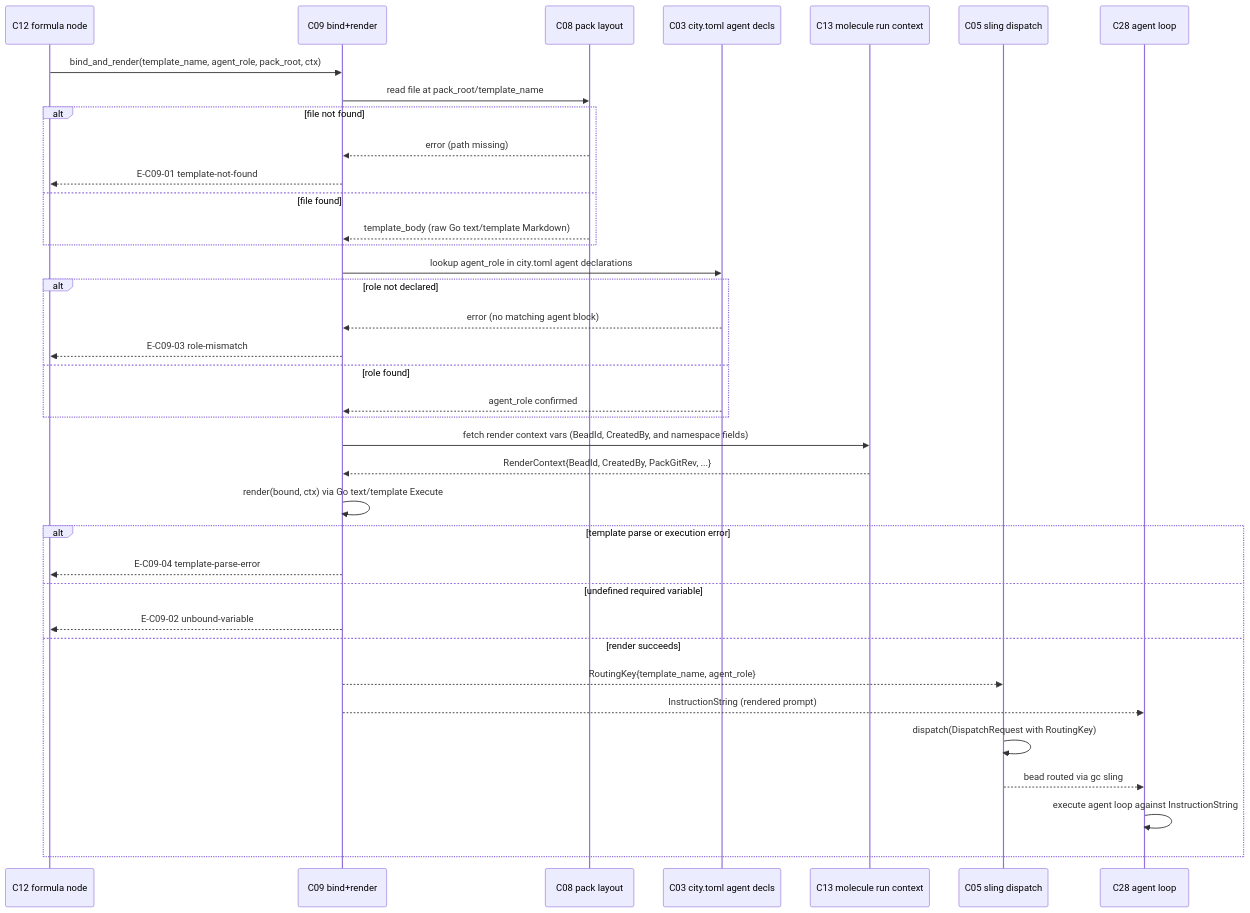
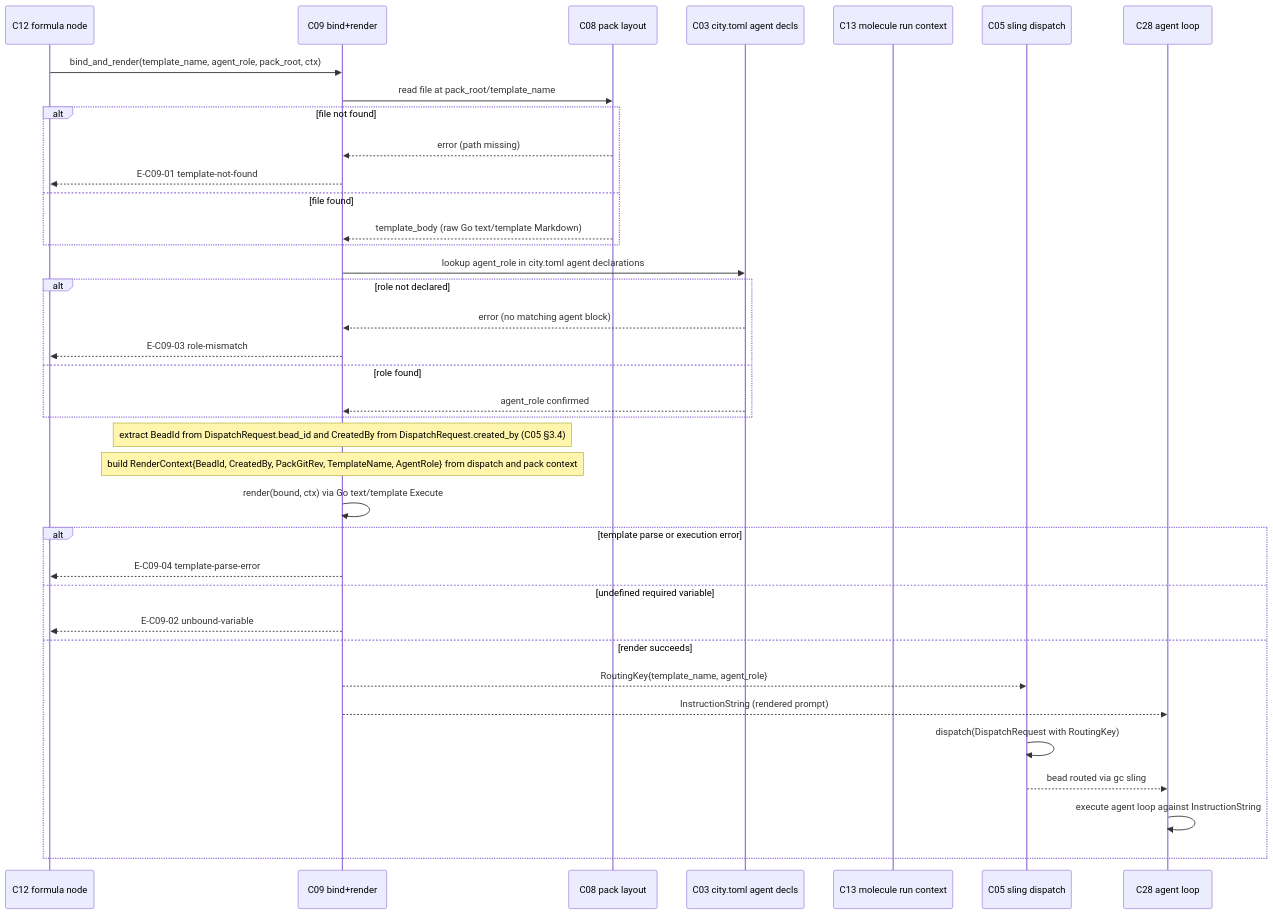
Before and after one commit to lago-morph/software-factory: the second of 2 diagrams in architectures/v4/spec/C09-prompt-template-binding.md, drawn with Mermaid. The commit also changed other lines of this file and 2 other files, not shown here.

First line of the commit message:
Spec-intake seam-review integration: C09 render-vars via C05 (D-35), C13 kept out of spine

````diff
--- a/architectures/v4/spec/C09-prompt-template-binding.md
+++ b/architectures/v4/spec/C09-prompt-template-binding.md
@@ -209,40 +209,40 @@
 ```mermaid
 sequenceDiagram
     participant C12 as C12 formula node
     participant C09 as C09 bind+render
     participant C08 as C08 pack layout
     participant C03 as C03 city.toml agent decls
     participant C13 as C13 molecule run context
     participant C05 as C05 sling dispatch
     participant C28 as C28 agent loop
 
     C12->>C09: bind_and_render(template_name, agent_role, pack_root, ctx)
     C09->>C08: read file at pack_root/template_name
     alt file not found
         C08-->>C09: error (path missing)
         C09-->>C12: E-C09-01 template-not-found
     else file found
         C08-->>C09: template_body (raw Go text/template Markdown)
     end
     C09->>C03: lookup agent_role in city.toml agent declarations
     alt role not declared
         C03-->>C09: error (no matching agent block)
         C09-->>C12: E-C09-03 role-mismatch
     else role found
         C03-->>C09: agent_role confirmed
     end
-    C09->>C13: fetch render context vars (BeadId, CreatedBy, and namespace fields)
-    C13-->>C09: RenderContext{BeadId, CreatedBy, PackGitRev, ...}
+    Note over C09: extract BeadId from DispatchRequest.bead_id and CreatedBy from DispatchRequest.created_by (C05 §3.4)
+    Note over C09: build RenderContext{BeadId, CreatedBy, PackGitRev, TemplateName, AgentRole} from dispatch and pack context
     C09->>C09: render(bound, ctx) via Go text/template Execute
     alt template parse or execution error
         C09-->>C12: E-C09-04 template-parse-error
     else undefined required variable
         C09-->>C12: E-C09-02 unbound-variable
     else render succeeds
         C09-->>C05: RoutingKey{template_name, agent_role}
         C09-->>C28: InstructionString (rendered prompt)
         C05->>C05: dispatch(DispatchRequest with RoutingKey)
         C05-->>C28: bead routed via gc sling
         C28->>C28: execute agent loop against InstructionString
     end
 ```
````
